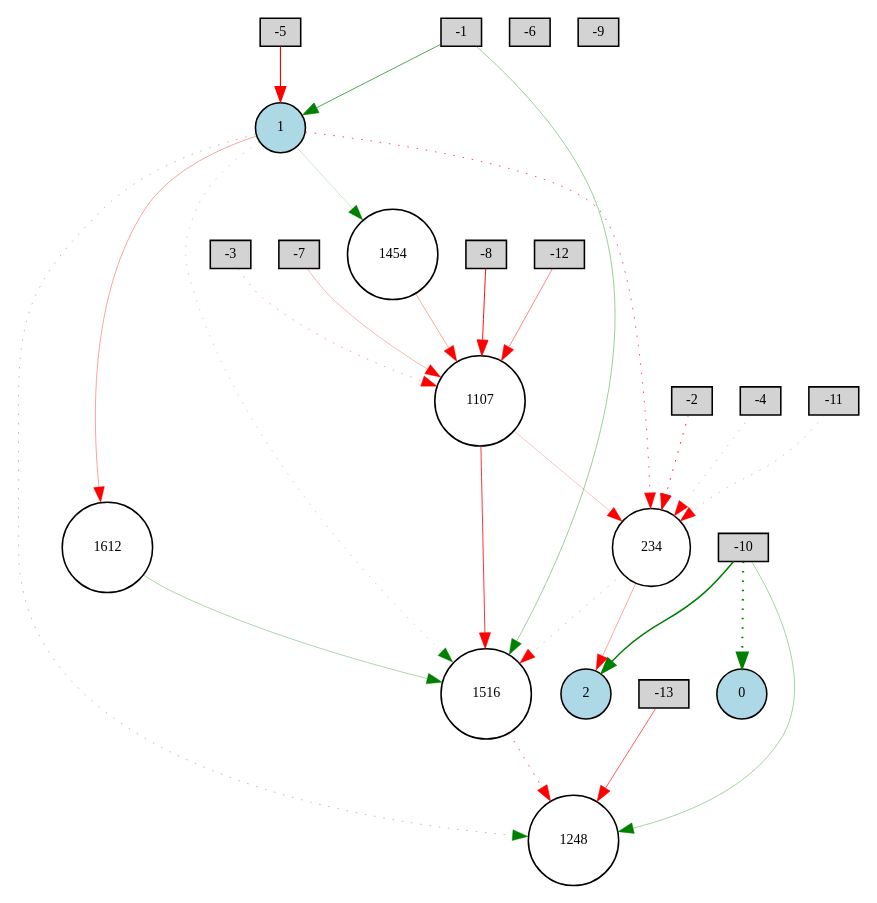
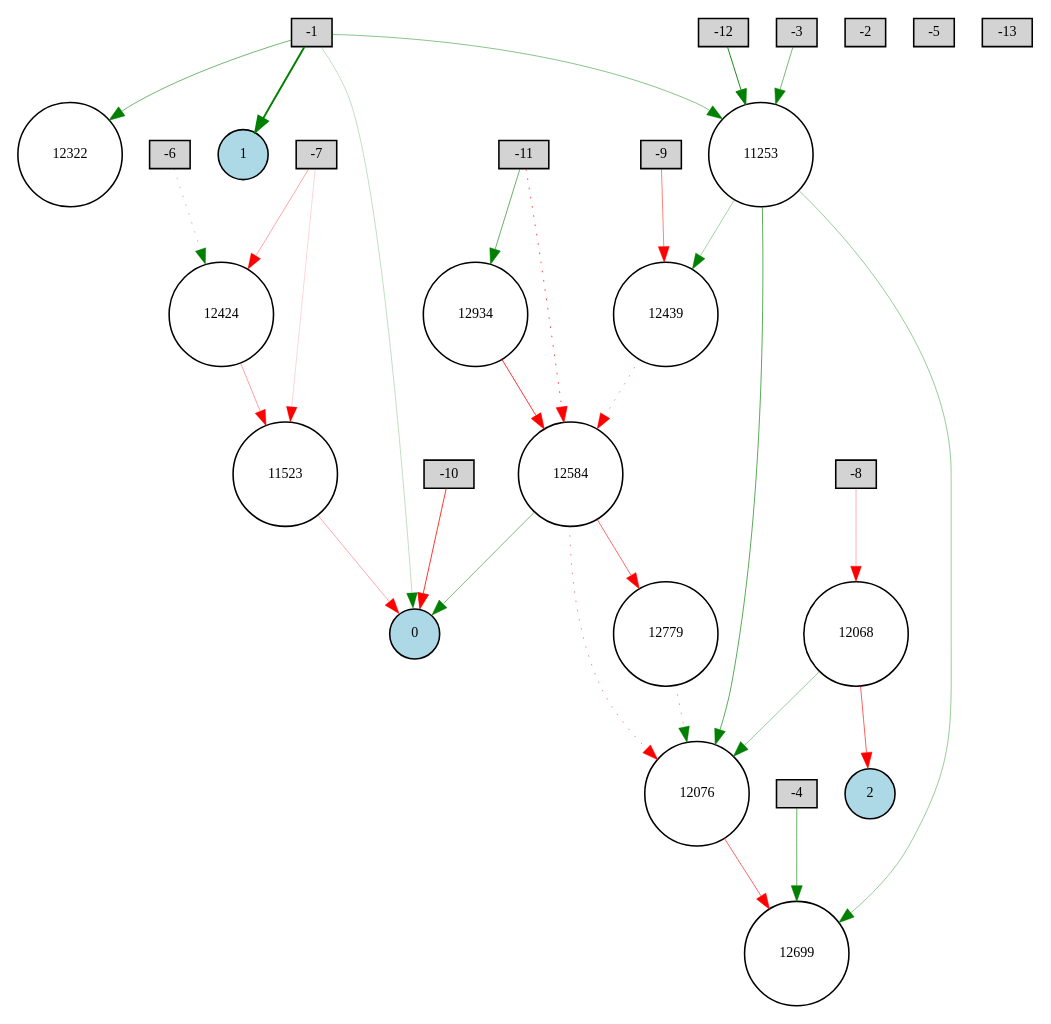
The diagram in Digraph.gv (lidorshimoni/Icy-Tower_NEAT_AI), drawn with Graphviz before and after one commit. The commit also changed 13 other files, not shown here.

```diff
--- a/Digraph.gv
+++ b/Digraph.gv
@@ -1,51 +1,59 @@
 digraph {
 	node [fontsize=9 height=0.2 shape=circle width=0.2]
 	-1 [fillcolor=lightgray shape=box style=filled]
 	-2 [fillcolor=lightgray shape=box style=filled]
 	-3 [fillcolor=lightgray shape=box style=filled]
 	-4 [fillcolor=lightgray shape=box style=filled]
 	-5 [fillcolor=lightgray shape=box style=filled]
 	-6 [fillcolor=lightgray shape=box style=filled]
 	-7 [fillcolor=lightgray shape=box style=filled]
 	-8 [fillcolor=lightgray shape=box style=filled]
 	-9 [fillcolor=lightgray shape=box style=filled]
 	-10 [fillcolor=lightgray shape=box style=filled]
 	-11 [fillcolor=lightgray shape=box style=filled]
 	-12 [fillcolor=lightgray shape=box style=filled]
 	-13 [fillcolor=lightgray shape=box style=filled]
 	0 [fillcolor=lightblue style=filled]
 	1 [fillcolor=lightblue style=filled]
 	2 [fillcolor=lightblue style=filled]
-	1248 [fillcolor=white style=filled]
-	234 [fillcolor=white style=filled]
-	1516 [fillcolor=white style=filled]
-	1612 [fillcolor=white style=filled]
-	1454 [fillcolor=white style=filled]
-	1107 [fillcolor=white style=filled]
-	-2 -> 234 [color=red penwidth=0.5865224737386405 style=dotted]
-	-4 -> 234 [color=red penwidth=0.19568752702310233 style=dotted]
-	-11 -> 234 [color=red penwidth=0.2043029550566891 style=dotted]
-	234 -> 2 [color=red penwidth=0.22954285940026295 style=solid]
-	1 -> 234 [color=red penwidth=0.43479121529881126 style=dotted]
-	-10 -> 2 [color=green penwidth=0.9755497258432317 style=solid]
-	-3 -> 1107 [color=red penwidth=0.24099717123234438 style=dotted]
-	1107 -> 234 [color=red penwidth=0.14702194487747663 style=solid]
-	-12 -> 1107 [color=red penwidth=0.3125398472329476 style=solid]
-	-10 -> 1248 [color=green penwidth=0.2309825805483635 style=solid]
-	-10 -> 0 [color=green penwidth=1.3043296645387334 style=dotted]
-	-1 -> 1 [color=green penwidth=0.4353865411718495 style=solid]
-	1 -> 1454 [color=green penwidth=0.12342926494319695 style=solid]
-	-8 -> 1107 [color=red penwidth=0.6011589981559317 style=solid]
-	1 -> 1248 [color=green penwidth=0.24467707531825295 style=dotted]
-	1 -> 1516 [color=green penwidth=0.15771689154271185 style=dotted]
-	1516 -> 1248 [color=red penwidth=0.4555963896854359 style=dotted]
-	-5 -> 1 [color=red penwidth=0.7155590552840227 style=solid]
-	234 -> 1516 [color=red penwidth=0.20476421506832387 style=dotted]
-	-7 -> 1107 [color=red penwidth=0.1936774663583239 style=solid]
-	1107 -> 1516 [color=red penwidth=0.5130430194956708 style=solid]
-	1 -> 1612 [color=red penwidth=0.24419708697932452 style=solid]
-	1612 -> 1516 [color=green penwidth=0.20665292401990187 style=solid]
-	1454 -> 1107 [color=red penwidth=0.22708441161464277 style=solid]
-	-1 -> 1516 [color=green penwidth=0.25272606199750725 style=solid]
-	-13 -> 1248 [color=red penwidth=0.4142293132650545 style=solid]
+	11523 [fillcolor=white style=filled]
+	12068 [fillcolor=white style=filled]
+	12322 [fillcolor=white style=filled]
+	12934 [fillcolor=white style=filled]
+	12424 [fillcolor=white style=filled]
+	12584 [fillcolor=white style=filled]
+	12779 [fillcolor=white style=filled]
+	12076 [fillcolor=white style=filled]
+	11253 [fillcolor=white style=filled]
+	12439 [fillcolor=white style=filled]
+	12699 [fillcolor=white style=filled]
+	-1 -> 1 [color=green penwidth=1.248569588091026 style=solid]
+	-1 -> 11253 [color=green penwidth=0.301055958091483 style=solid]
+	12068 -> 2 [color=red penwidth=0.3985689213870869 style=solid]
+	-8 -> 12068 [color=red penwidth=0.20316794712157293 style=solid]
+	-1 -> 12322 [color=green penwidth=0.35774968682771346 style=solid]
+	-3 -> 11253 [color=green penwidth=0.3477168224577101 style=solid]
+	11523 -> 0 [color=red penwidth=0.21761498908970348 style=solid]
+	-12 -> 11253 [color=green penwidth=0.5843884314304467 style=solid]
+	-11 -> 12584 [color=red penwidth=0.47059599937715135 style=dotted]
+	12584 -> 12076 [color=red penwidth=0.3115946868858631 style=dotted]
+	-10 -> 0 [color=red penwidth=0.5091214931778726 style=solid]
+	12439 -> 12584 [color=red penwidth=0.2679025224358962 style=dotted]
+	-6 -> 12424 [color=green penwidth=0.23262424390203895 style=dotted]
+	12076 -> 12699 [color=red penwidth=0.3894672529533447 style=solid]
+	-1 -> 0 [color=green penwidth=0.15853089001288156 style=solid]
+	12424 -> 11523 [color=red penwidth=0.23898179031166644 style=solid]
+	12584 -> 0 [color=green penwidth=0.3387065335259619 style=solid]
+	11253 -> 12699 [color=green penwidth=0.25569606469571926 style=solid]
+	12584 -> 12779 [color=red penwidth=0.3808780960043341 style=solid]
+	12779 -> 12076 [color=green penwidth=0.2752310051907075 style=dotted]
+	11253 -> 12439 [color=green penwidth=0.22928194478418354 style=solid]
+	12068 -> 12076 [color=green penwidth=0.2554596196297836 style=solid]
+	-9 -> 12439 [color=red penwidth=0.32234353082187717 style=solid]
+	11253 -> 12076 [color=green penwidth=0.41613502745738495 style=solid]
+	-4 -> 12699 [color=green penwidth=0.3982438151634573 style=solid]
+	-7 -> 12424 [color=red penwidth=0.22510182006830817 style=solid]
+	-11 -> 12934 [color=green penwidth=0.3929253079624464 style=solid]
+	12934 -> 12584 [color=red penwidth=0.5142857618223122 style=solid]
+	-7 -> 11523 [color=red penwidth=0.1071818400898354 style=solid]
 }
```
